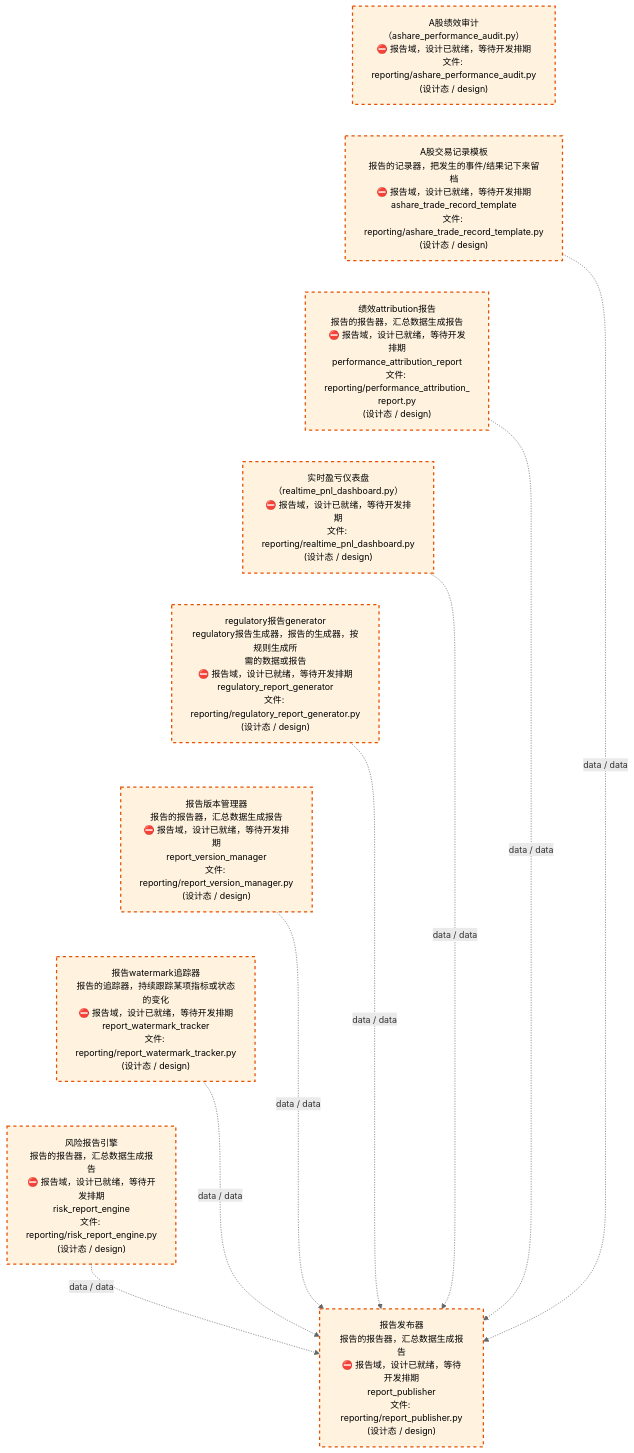
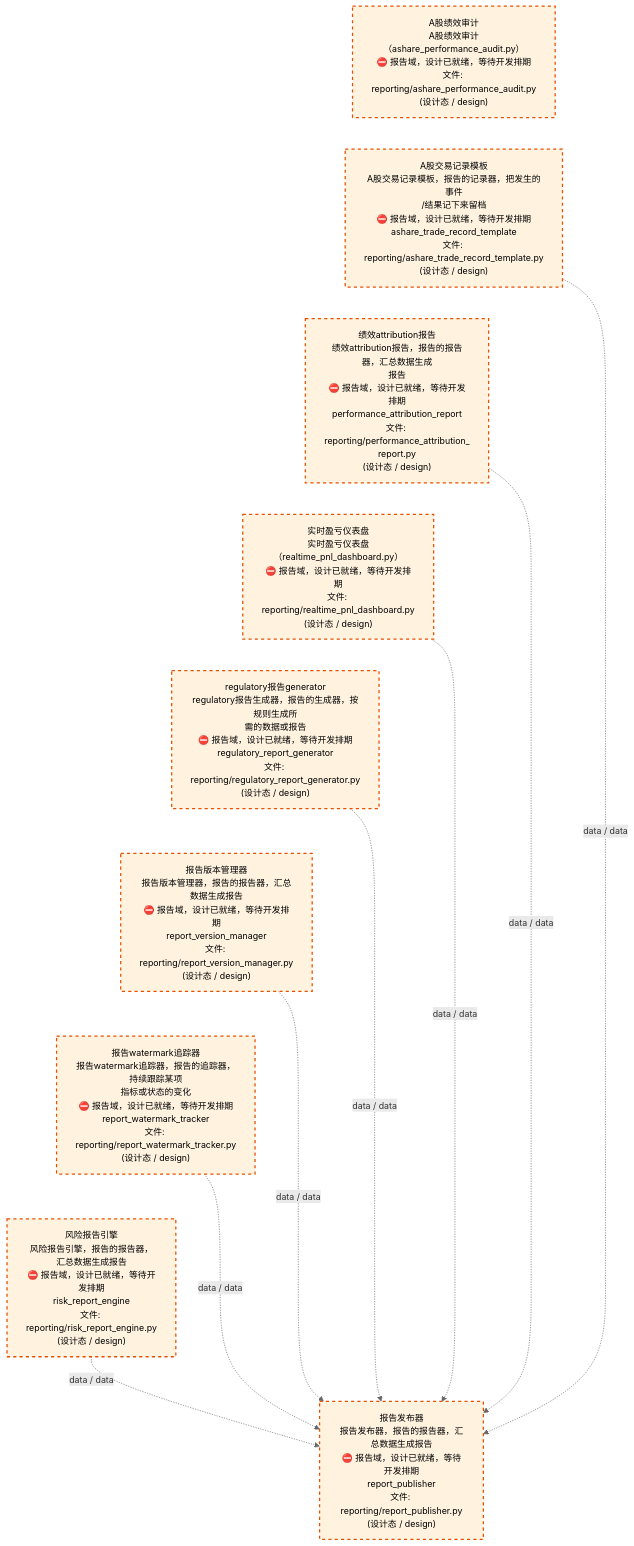
The third of 4 diagrams in docs/02_enterprise_architecture/02_domain_architecture_docs/26_d_reporting.md (xuanFelixVan/ZephyrAlpha), drawn with Mermaid before and after one commit. The commit also changed other lines of this file and 63 other files, not shown here.

````diff
--- a/docs/02_enterprise_architecture/02_domain_architecture_docs/26_d_reporting.md
+++ b/docs/02_enterprise_architecture/02_domain_architecture_docs/26_d_reporting.md
@@ -137,32 +137,32 @@
 ```mermaid
 %%{init: {'theme': 'base', 'themeVariables': {'primaryColor': '#eaeaea', 'primaryTextColor': '#333333', 'primaryBorderColor': '#666666', 'lineColor': '#666666', 'secondaryColor': '#eaeaea', 'tertiaryColor': '#eaeaea', 'fontSize': '14px'}}}%%
 flowchart TD
-    src_zephyr_reporting_ashare_performance_audit_py["A股绩效审计<br/>（ashare_performance_audit.py）<br/>⛔ 报告域，设计已就绪，等待开发排期<br/>文件: reporting/ashare_performance_audit.py<br/>(设计态 / design)"]
-    src_zephyr_reporting_ashare_trade_record_template_py["A股交易记录模板<br/>报告的记录器，把发生的事件/结果记下来留档<br/>⛔ 报告域，设计已就绪，等待开发排期<br/>ashare_trade_record_template<br/>文件: reporting/ashare_trade_record_template.py<br/>(设计态 / design)"]
-    src_zephyr_reporting_performance_attribution_report_py["绩效attribution报告<br/>报告的报告器，汇总数据生成报告<br/>⛔ 报告域，设计已就绪，等待开发排期<br/>performance_attribution_report<br/>文件: reporting/performance_attribution_<br/>report.py<br/>(设计态 / design)"]
-    src_zephyr_reporting_realtime_pnl_dashboard_py["实时盈亏仪表盘<br/>（realtime_pnl_dashboard.py）<br/>⛔ 报告域，设计已就绪，等待开发排期<br/>文件: reporting/realtime_pnl_dashboard.py<br/>(设计态 / design)"]
+    src_zephyr_reporting_ashare_performance_audit_py["A股绩效审计<br/>A股绩效审计（ashare_performance_audit.py）<br/>⛔ 报告域，设计已就绪，等待开发排期<br/>文件: reporting/ashare_performance_audit.py<br/>(设计态 / design)"]
+    src_zephyr_reporting_ashare_trade_record_template_py["A股交易记录模板<br/>A股交易记录模板，报告的记录器，把发生的事件<br/>/结果记下来留档<br/>⛔ 报告域，设计已就绪，等待开发排期<br/>ashare_trade_record_template<br/>文件: reporting/ashare_trade_record_template.py<br/>(设计态 / design)"]
+    src_zephyr_reporting_performance_attribution_report_py["绩效attribution报告<br/>绩效attribution报告，报告的报告器，汇总数据生成<br/>报告<br/>⛔ 报告域，设计已就绪，等待开发排期<br/>performance_attribution_report<br/>文件: reporting/performance_attribution_<br/>report.py<br/>(设计态 / design)"]
+    src_zephyr_reporting_realtime_pnl_dashboard_py["实时盈亏仪表盘<br/>实时盈亏仪表盘（realtime_pnl_dashboard.py）<br/>⛔ 报告域，设计已就绪，等待开发排期<br/>文件: reporting/realtime_pnl_dashboard.py<br/>(设计态 / design)"]
     src_zephyr_reporting_regulatory_report_generator_py["regulatory报告generator<br/>regulatory报告生成器，报告的生成器，按规则生成所<br/>需的数据或报告<br/>⛔ 报告域，设计已就绪，等待开发排期<br/>regulatory_report_generator<br/>文件: reporting/regulatory_report_generator.py<br/>(设计态 / design)"]
-    src_zephyr_reporting_report_version_manager_py["报告版本管理器<br/>报告的报告器，汇总数据生成报告<br/>⛔ 报告域，设计已就绪，等待开发排期<br/>report_version_manager<br/>文件: reporting/report_version_manager.py<br/>(设计态 / design)"]
-    src_zephyr_reporting_report_watermark_tracker_py["报告watermark追踪器<br/>报告的追踪器，持续跟踪某项指标或状态的变化<br/>⛔ 报告域，设计已就绪，等待开发排期<br/>report_watermark_tracker<br/>文件: reporting/report_watermark_tracker.py<br/>(设计态 / design)"]
-    src_zephyr_reporting_risk_report_engine_py["风险报告引擎<br/>报告的报告器，汇总数据生成报告<br/>⛔ 报告域，设计已就绪，等待开发排期<br/>risk_report_engine<br/>文件: reporting/risk_report_engine.py<br/>(设计态 / design)"]
+    src_zephyr_reporting_report_version_manager_py["报告版本管理器<br/>报告版本管理器，报告的报告器，汇总数据生成报告<br/>⛔ 报告域，设计已就绪，等待开发排期<br/>report_version_manager<br/>文件: reporting/report_version_manager.py<br/>(设计态 / design)"]
+    src_zephyr_reporting_report_watermark_tracker_py["报告watermark追踪器<br/>报告watermark追踪器，报告的追踪器，持续跟踪某项<br/>指标或状态的变化<br/>⛔ 报告域，设计已就绪，等待开发排期<br/>report_watermark_tracker<br/>文件: reporting/report_watermark_tracker.py<br/>(设计态 / design)"]
+    src_zephyr_reporting_risk_report_engine_py["风险报告引擎<br/>风险报告引擎，报告的报告器，汇总数据生成报告<br/>⛔ 报告域，设计已就绪，等待开发排期<br/>risk_report_engine<br/>文件: reporting/risk_report_engine.py<br/>(设计态 / design)"]
     src_zephyr_reporting_ashare_performance_audit_py ~~~ src_zephyr_reporting_ashare_trade_record_template_py
     src_zephyr_reporting_ashare_trade_record_template_py ~~~ src_zephyr_reporting_performance_attribution_report_py
     src_zephyr_reporting_performance_attribution_report_py ~~~ src_zephyr_reporting_realtime_pnl_dashboard_py
     src_zephyr_reporting_realtime_pnl_dashboard_py ~~~ src_zephyr_reporting_regulatory_report_generator_py
     src_zephyr_reporting_regulatory_report_generator_py ~~~ src_zephyr_reporting_report_version_manager_py
     src_zephyr_reporting_report_version_manager_py ~~~ src_zephyr_reporting_report_watermark_tracker_py
     src_zephyr_reporting_report_watermark_tracker_py ~~~ src_zephyr_reporting_risk_report_engine_py
-    src_zephyr_reporting_report_publisher_py["报告发布器<br/>报告的报告器，汇总数据生成报告<br/>⛔ 报告域，设计已就绪，等待开发排期<br/>report_publisher<br/>文件: reporting/report_publisher.py<br/>(设计态 / design)"]
+    src_zephyr_reporting_report_publisher_py["报告发布器<br/>报告发布器，报告的报告器，汇总数据生成报告<br/>⛔ 报告域，设计已就绪，等待开发排期<br/>report_publisher<br/>文件: reporting/report_publisher.py<br/>(设计态 / design)"]
     src_zephyr_reporting_ashare_trade_record_template_py -.->|data / data| src_zephyr_reporting_report_publisher_py
     src_zephyr_reporting_realtime_pnl_dashboard_py -.->|data / data| src_zephyr_reporting_report_publisher_py
     src_zephyr_reporting_regulatory_report_generator_py -.->|data / data| src_zephyr_reporting_report_publisher_py
     src_zephyr_reporting_risk_report_engine_py -.->|data / data| src_zephyr_reporting_report_publisher_py
     src_zephyr_reporting_report_version_manager_py -.->|data / data| src_zephyr_reporting_report_publisher_py
     src_zephyr_reporting_performance_attribution_report_py -.->|data / data| src_zephyr_reporting_report_publisher_py
     src_zephyr_reporting_report_watermark_tracker_py -.->|data / data| src_zephyr_reporting_report_publisher_py
     classDef production fill:#e1f5fe,stroke:#01579b,stroke-width:2px,color:#000
     classDef design fill:#fff3e0,stroke:#e65100,stroke-width:2px,color:#000,stroke-dasharray: 5 5
     classDef external_prod fill:#e8f4fd,stroke:#0277bd,stroke-width:1px,color:#000
     classDef external_design fill:#fff8e7,stroke:#ef6c00,stroke-width:1px,color:#000,stroke-dasharray: 5 5
     class src_zephyr_reporting_ashare_performance_audit_py,src_zephyr_reporting_ashare_trade_record_template_py,src_zephyr_reporting_performance_attribution_report_py,src_zephyr_reporting_realtime_pnl_dashboard_py,src_zephyr_reporting_regulatory_report_generator_py,src_zephyr_reporting_report_publisher_py,src_zephyr_reporting_report_version_manager_py,src_zephyr_reporting_report_watermark_tracker_py,src_zephyr_reporting_risk_report_engine_py design
 ```
````
